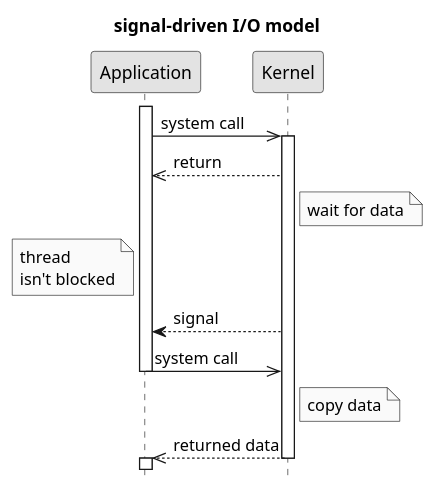
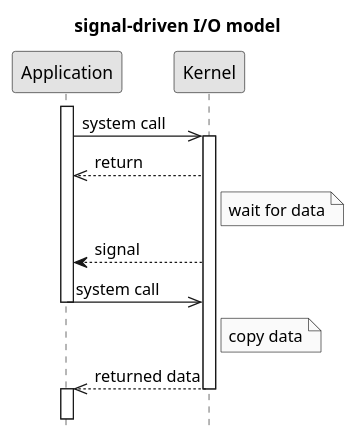
One commit to c0p4c4b4n4/demo-sockets-io-nio-nio2 changed the diagram in .images/signal-driven IO model.puml. Above: the diagram before and after it, drawn with PlantUML. The commit also changed 3 other files, not shown here.

```diff
--- a/.images/signal-driven IO model.puml
+++ b/.images/signal-driven IO model.puml
@@ -1,20 +1,19 @@
 @startuml
 title signal-driven I/O model
 hide footbox
 skinparam monochrome true
 skinparam shadowing false
 activate Application
 Application->>Kernel: system call
 activate Kernel
 Kernel-->>Application: return
 Note right of Kernel: wait for data
-Note left of Application: thread\nisn't blocked
 Kernel-->Application: signal
 Application->>Kernel: system call
 deactivate Application
 Note right of Kernel: copy data
 Kernel-->>Application: returned data
 deactivate Kernel
 activate Application
-deactivate Application
+||15||
 @enduml
```
